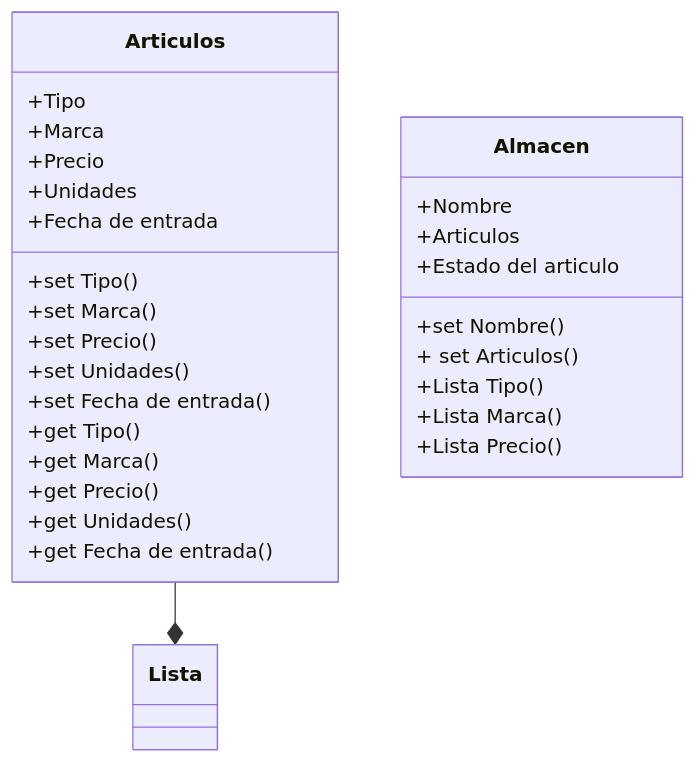
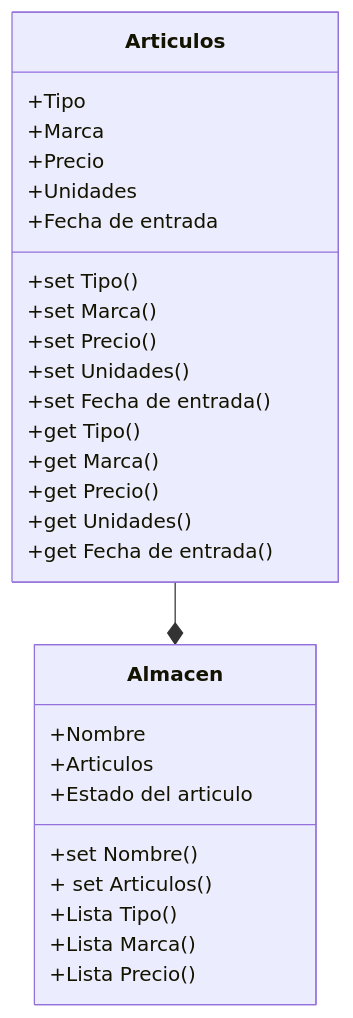
Before and after one commit to GabrielHuertas72/Proyecto-POO-GabrielHuertas: the diagram in README.md, drawn with Mermaid.

````diff
--- a/README.md
+++ b/README.md
@@ -11,33 +11,33 @@
 ```mermaid
 classDiagram
     class Articulos{
         +Tipo
         +Marca  
         +Precio 
         +Unidades 
         +Fecha de entrada
         +set Tipo()
         +set Marca()
         +set Precio()
         +set Unidades()
         +set Fecha de entrada()
         +get Tipo()
         +get Marca()
         +get Precio()
         +get Unidades()
         +get Fecha de entrada()
     }
     class Almacen{
         +Nombre
         +Articulos
         +Estado del articulo
         +set Nombre()
         + set Articulos()
         +Lista Tipo()
         +Lista Marca()
         +Lista Precio()
 
     }
-     Articulos --*  Lista
+     Articulos --*  Almacen
 
 ```
````
